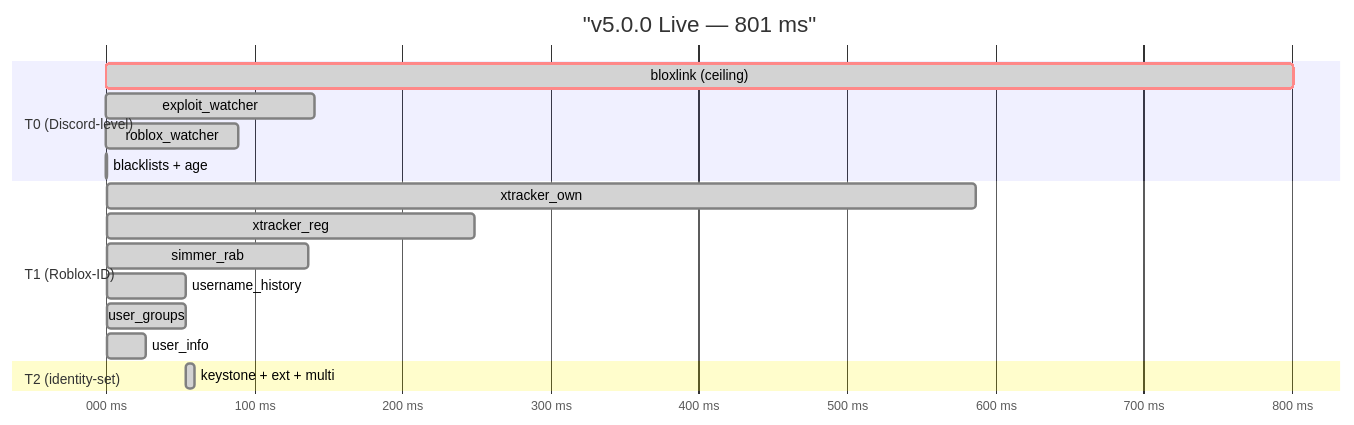
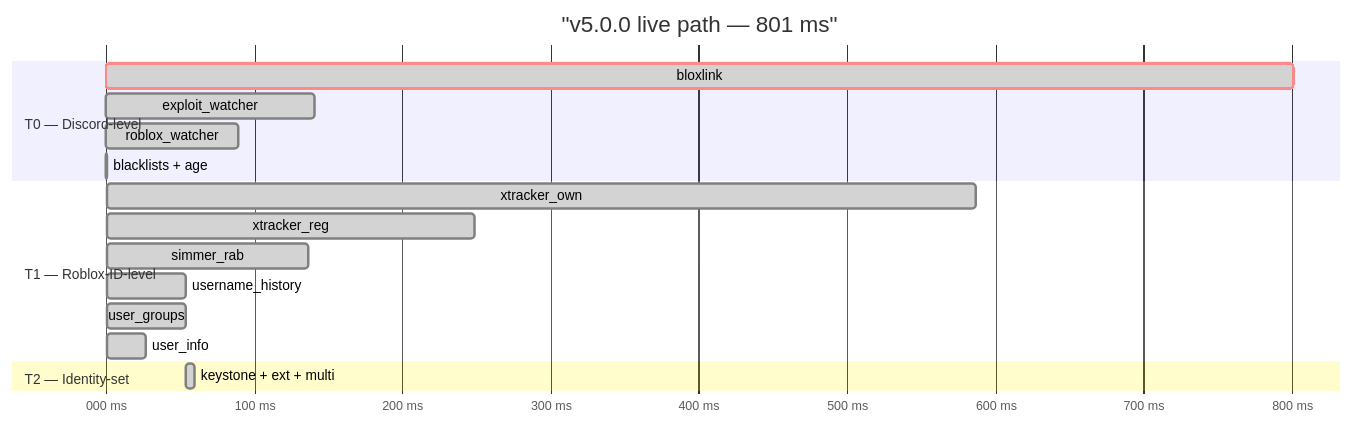
One commit to pizzarobloxh/bgc-bot changed the seventh of 11 diagrams in operating_documents.md. Above: the diagram before and after it, drawn with Mermaid. The commit also changed other lines of this file, not shown here.

````diff
--- a/operating_documents.md
+++ b/operating_documents.md
@@ -358,24 +239,24 @@
 ```mermaid
 gantt
-    title "v5.0.0 Live — 801 ms"
+    title "v5.0.0 live path — 801 ms"
     dateFormat x
     axisFormat %L ms
     todayMarker off
 
-    section T0 (Discord-level)
-    bloxlink (ceiling)     :crit, done, b, 0, 801ms
+    section T0 — Discord-level
+    bloxlink               :crit, done, b, 0, 801ms
     exploit_watcher        :done,        e, 0, 141ms
     roblox_watcher         :done,        r, 0, 89ms
     blacklists + age       :done,        x, 0, 1ms
 
-    section T1 (Roblox-ID)
+    section T1 — Roblox-ID-level
     xtracker_own           :done,        o, 1, 586ms
     xtracker_reg           :done,        g, 1, 248ms
     simmer_rab             :done,        s, 1, 136ms
     username_history       :done,        h, 1, 53ms
     user_groups            :done,        u, 1, 53ms
     user_info              :done,        i, 1, 26ms
 
-    section T2 (identity-set)
+    section T2 — Identity-set
     keystone + ext + multi :done,        t, 54, 6ms
 ```
````
